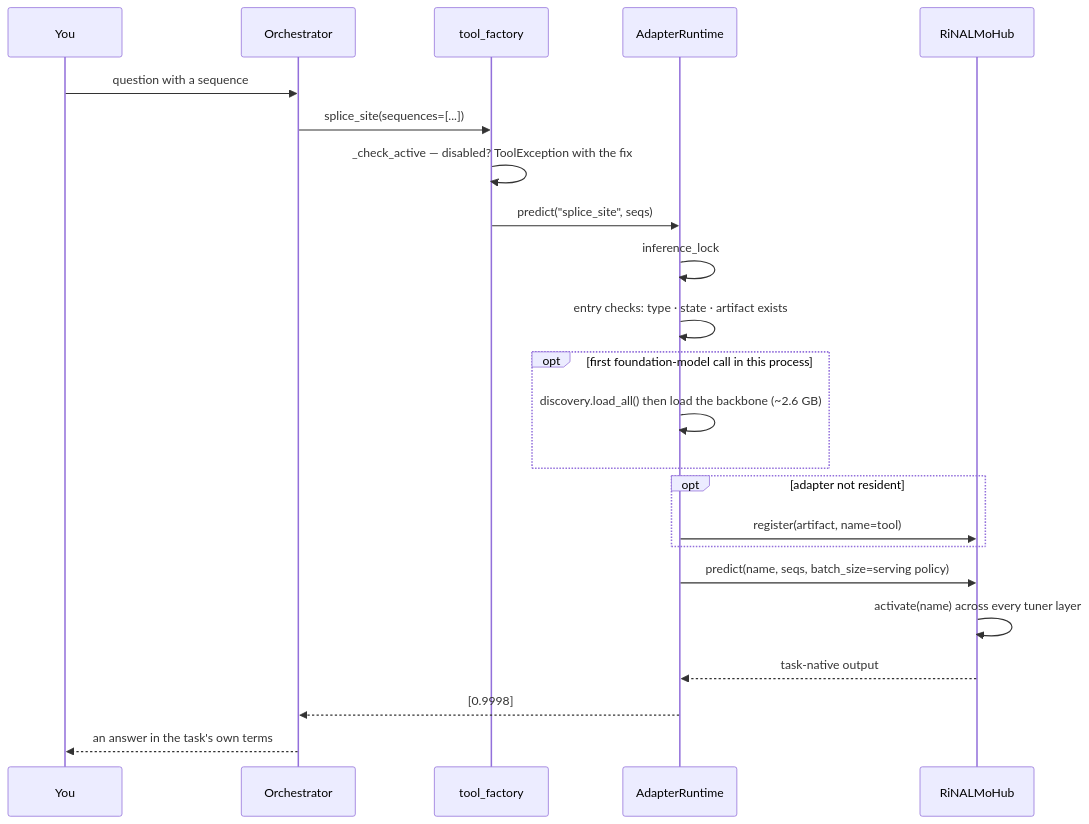
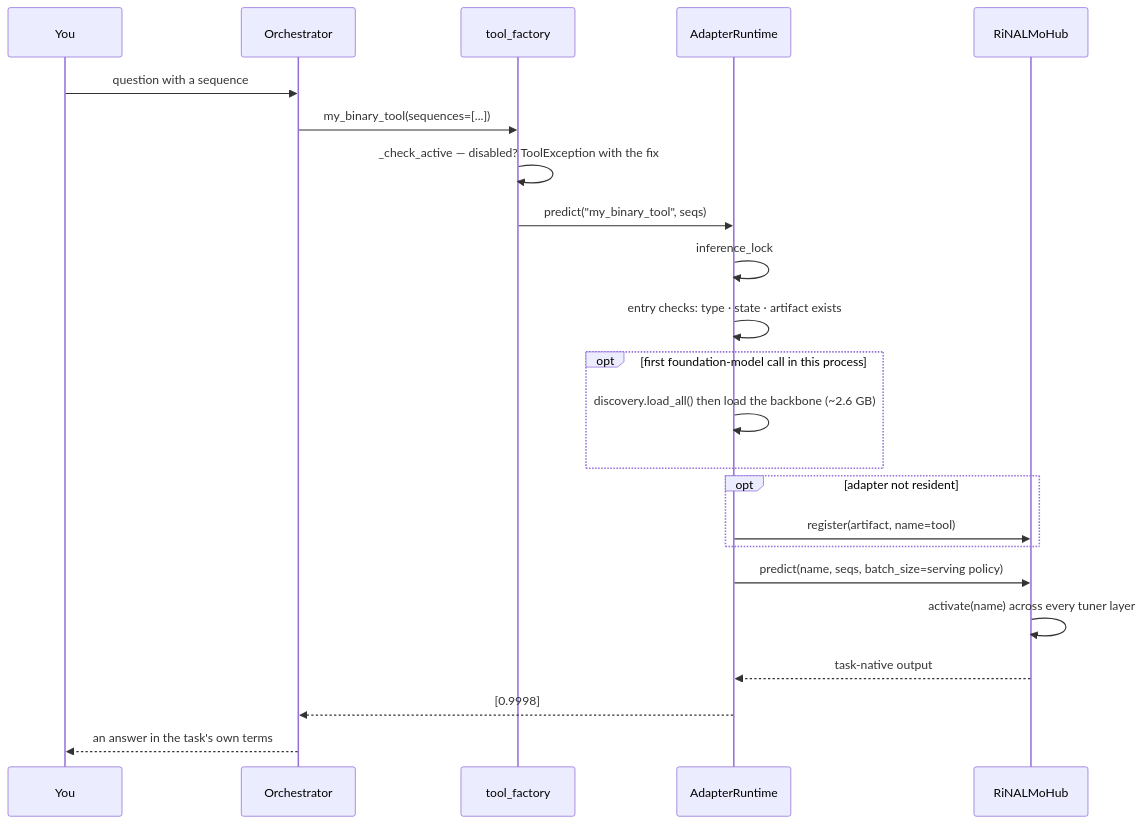
The first of 2 diagrams in documents/workflows/inference-and-tools.md (mhahmadi258/adaptrna), drawn with Mermaid before and after one commit. The commit also changed other lines of this file and 25 other files, not shown here.

````diff
--- a/documents/workflows/inference-and-tools.md
+++ b/documents/workflows/inference-and-tools.md
@@ -56,26 +61,26 @@
 ```mermaid
 sequenceDiagram
     participant U as You
     participant O as Orchestrator
     participant TF as tool_factory
     participant RT as AdapterRuntime
     participant H as RiNALMoHub
 
     U->>O: question with a sequence
-    O->>TF: splice_site(sequences=[...])
+    O->>TF: my_binary_tool(sequences=[...])
     TF->>TF: _check_active — disabled? ToolException with the fix
-    TF->>RT: predict("splice_site", seqs)
+    TF->>RT: predict("my_binary_tool", seqs)
     RT->>RT: inference_lock
     RT->>RT: entry checks: type · state · artifact exists
     opt first foundation-model call in this process
         RT->>RT: discovery.load_all() then load the backbone (~2.6 GB)
     end
     opt adapter not resident
         RT->>H: register(artifact, name=tool)
     end
     RT->>H: predict(name, seqs, batch_size=serving policy)
     H->>H: activate(name) across every tuner layer
     H-->>RT: task-native output
     RT-->>O: [0.9998]
     O-->>U: an answer in the task's own terms
 ```
````
